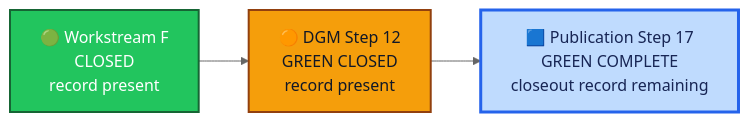
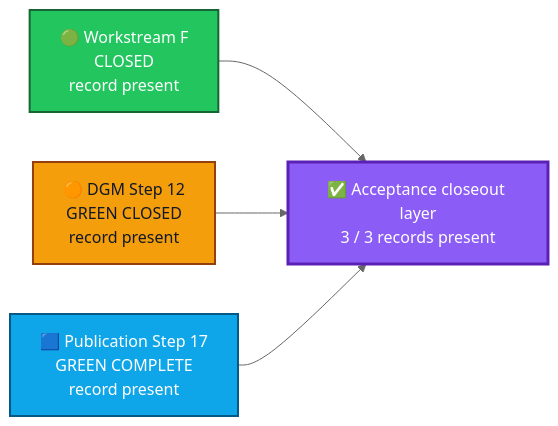
One commit to kiddstechnical/ALLIS-Artificial-Learning-and-Location-Intelligence-System changed the second of 3 diagrams in acceptance/closeout/README.md. Above: the diagram before and after it, drawn with Mermaid (neutral theme). The commit also changed other lines of this file, not shown here.

Commit message:
Update README to reflect all closeout records present

````diff
--- a/acceptance/closeout/README.md
+++ b/acceptance/closeout/README.md
@@ -243,12 +280,16 @@
 ```mermaid
 flowchart LR
-    F["🟢 Workstream F<br/>CLOSED<br/>record present"]:::done
-    D["🟠 DGM Step 12<br/>GREEN CLOSED<br/>record present"]:::done2
-    P["🟦 Publication Step 17<br/>GREEN COMPLETE<br/>closeout record remaining"]:::next
+    F["🟢 Workstream F<br/>CLOSED<br/>record present"]:::f
+    D["🟠 DGM Step 12<br/>GREEN CLOSED<br/>record present"]:::d
+    P["🟦 Publication Step 17<br/>GREEN COMPLETE<br/>record present"]:::p
+    C["✅ Acceptance closeout layer<br/>3 / 3 records present"]:::complete
 
-    F --> D --> P
+    F --> C
+    D --> C
+    P --> C
 
-    classDef done fill:#22c55e,stroke:#166534,color:#ffffff,stroke-width:2px;
-    classDef done2 fill:#f59e0b,stroke:#92400e,color:#111827,stroke-width:2px;
-    classDef next fill:#bfdbfe,stroke:#2563eb,color:#172554,stroke-width:3px;
+    classDef f fill:#22c55e,stroke:#166534,color:#ffffff,stroke-width:2px;
+    classDef d fill:#f59e0b,stroke:#92400e,color:#111827,stroke-width:2px;
+    classDef p fill:#0ea5e9,stroke:#075985,color:#ffffff,stroke-width:2px;
+    classDef complete fill:#8b5cf6,stroke:#5b21b6,color:#ffffff,stroke-width:3px;
 ```
````
